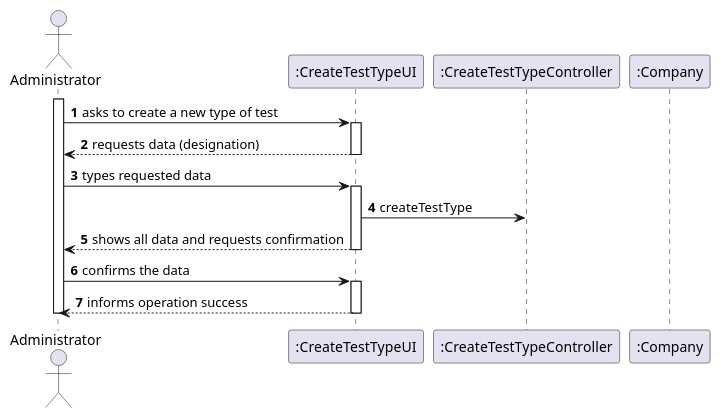
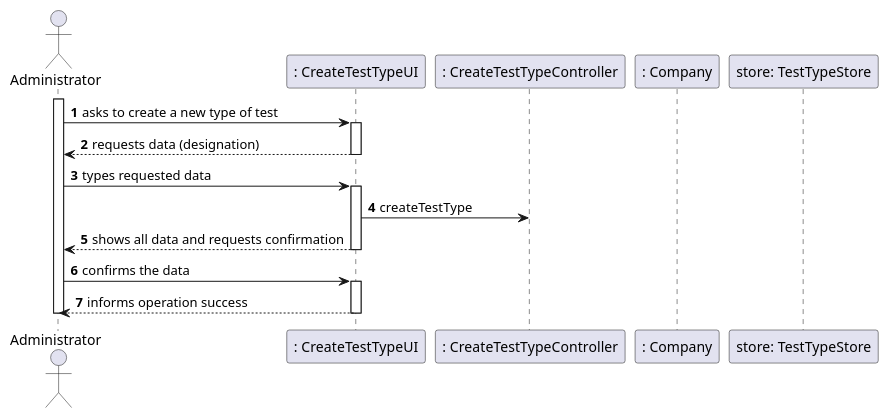
One commit to manu-07-ela/LAPR2_ISEP changed the diagram in docs/SprintB/US09/US09_SD.puml. Above: the diagram before and after it, drawn with PlantUML. The commit also changed 2 other files, not shown here.

```diff
--- a/docs/SprintB/US09/US09_SD.puml
+++ b/docs/SprintB/US09/US09_SD.puml
@@ -1,32 +1,33 @@
 @startuml
 autonumber
 'hide footbox
 actor "Administrator" as Adm
 
-participant ":CreateTestTypeUI" as UI
-participant ":CreateTestTypeController" as CTRL
-participant ":Company" as Comp
+participant ": CreateTestTypeUI" as UI
+participant ": CreateTestTypeController" as CTRL
+participant ": Company" as Comp
+participant "store: TestTypeStore" as str
 
 activate Adm
 Adm -> UI : asks to create a new type of test
 activate UI
 UI --> Adm : requests data (designation)
 deactivate UI
 
 Adm -> UI : types requested data
 activate UI
 UI -> CTRL : createTestType
 UI --> Adm : shows all data and requests confirmation
 deactivate UI
 
 Adm -> UI : confirms the data
 activate UI
 UI --> Adm : informs operation success
 deactivate UI
 
 deactivate Adm
 
 
 
 
 @enduml
```
